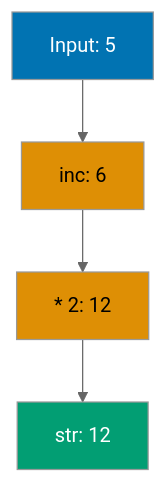
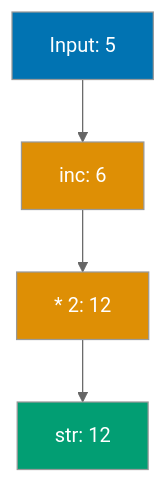
Before and after one commit to wahidyankf/open-sharia-enterprise: the seventh of 8 diagrams in apps/ayokoding-web/content/en/learn/software-engineering/programming-languages/clojure/by-example/beginner.md, drawn with Mermaid (neutral theme). The commit also changed other lines of this file and 61 other files, not shown here.

First line of the commit message:
fix(ayokoding-web): quote Mermaid node labels with special characters in Example 63

````diff
--- a/apps/ayokoding-web/content/en/learn/software-engineering/programming-languages/clojure/by-example/beginner.md
+++ b/apps/ayokoding-web/content/en/learn/software-engineering/programming-languages/clojure/by-example/beginner.md
@@ -1480,12 +1480,12 @@
 ```mermaid
 %% Function composition flow
 graph TD
     A[Input: 5] --> B[inc: 6]
     B --> C[* 2: 12]
     C --> D[str: 12]
 
     style A fill:#0173B2,color:#fff
-    style B fill:#DE8F05,color:#000
-    style C fill:#DE8F05,color:#000
+    style B fill:#DE8F05,color:#fff
+    style C fill:#DE8F05,color:#fff
     style D fill:#029E73,color:#fff
 ```
````
